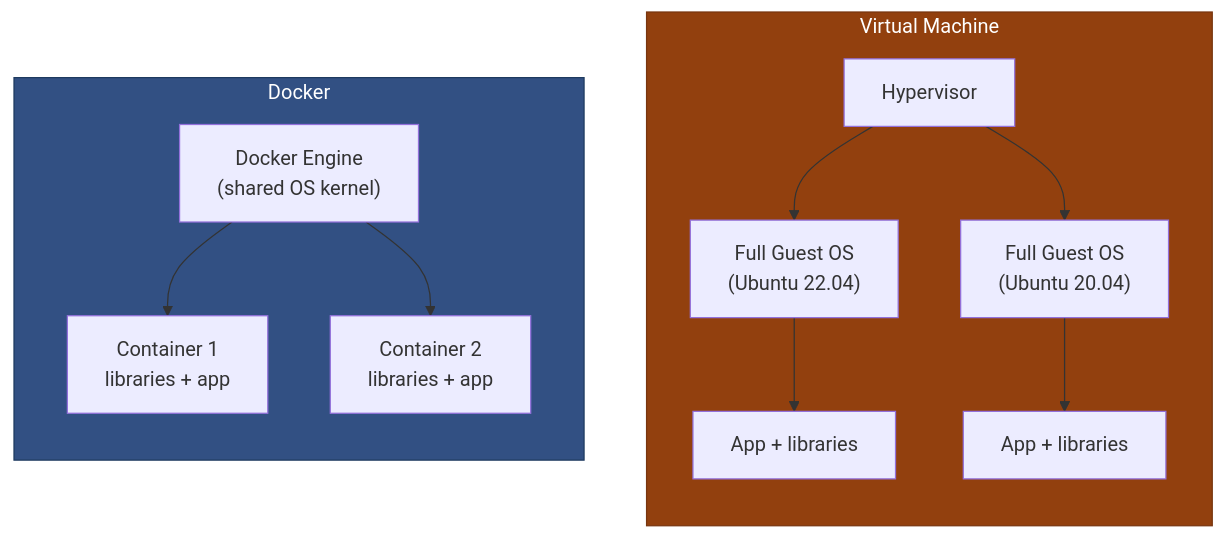
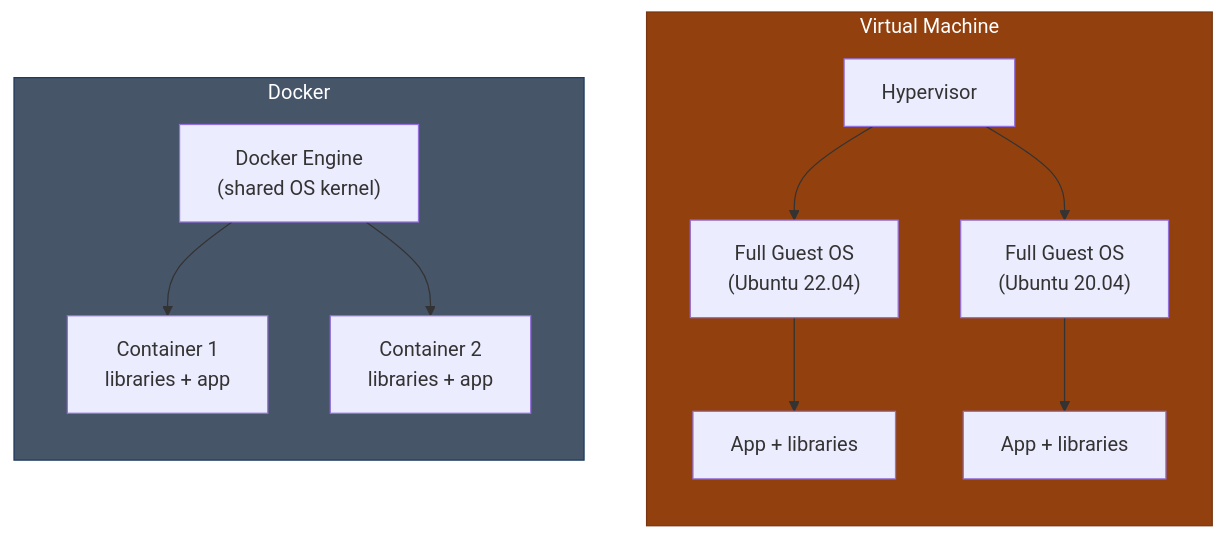
One commit to Ch3w3y/docker_gcp changed the second of 8 diagrams in docs/docker-containers.md. Above: the diagram before and after it, drawn with Mermaid. The commit also changed other lines of this file and 12 other files, not shown here.

````diff
--- a/docs/docker-containers.md
+++ b/docs/docker-containers.md
@@ -86,21 +86,21 @@
 ```mermaid
 flowchart TD
     subgraph VM["Virtual Machine"]
         direction TB
         HYP["Hypervisor"]
         HYP --> GOS1["Full Guest OS<br/>(Ubuntu 22.04)"]
         HYP --> GOS2["Full Guest OS<br/>(Ubuntu 20.04)"]
         GOS1 --> APP1["App + libraries"]
         GOS2 --> APP2["App + libraries"]
     end
 
     subgraph CON["Docker"]
         direction TB
         DE["Docker Engine<br/>(shared OS kernel)"]
         DE --> C1["Container 1<br/>libraries + app"]
         DE --> C2["Container 2<br/>libraries + app"]
     end
 
     style VM fill:#92400e,stroke:#78350f,color:#ffffff
-    style CON fill:#325083,stroke:#1e3a5f,color:#ffffff
+    style CON fill:#475569,stroke:#1e3a5f,color:#ffffff
 ```
````
